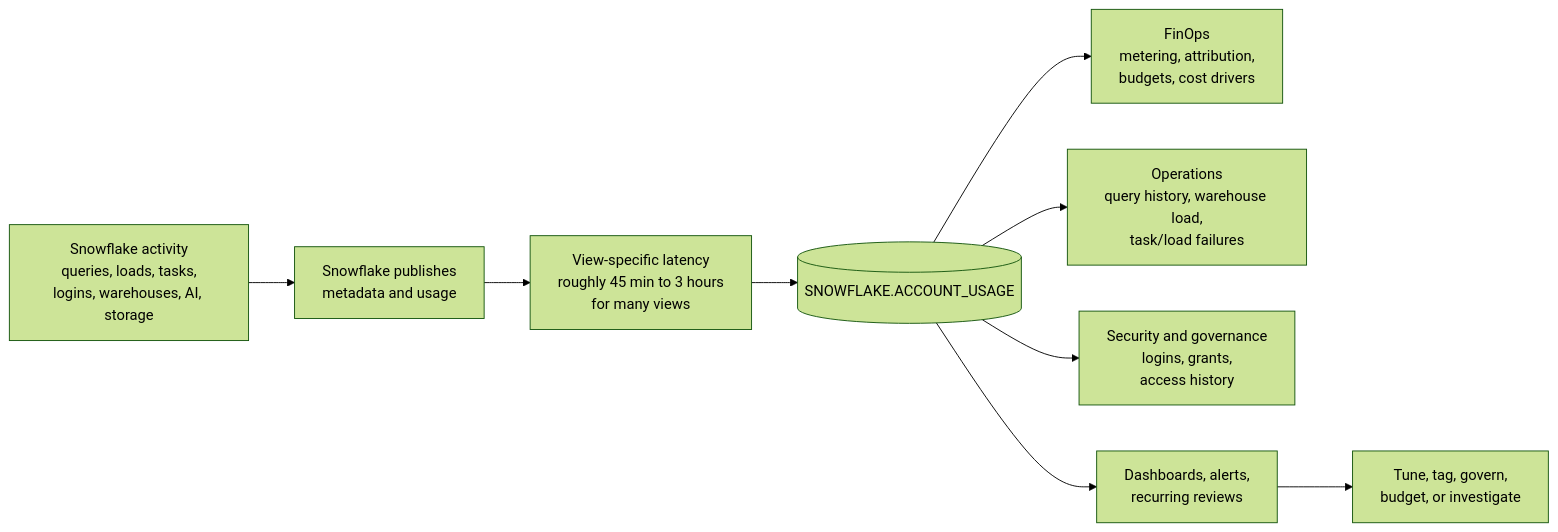
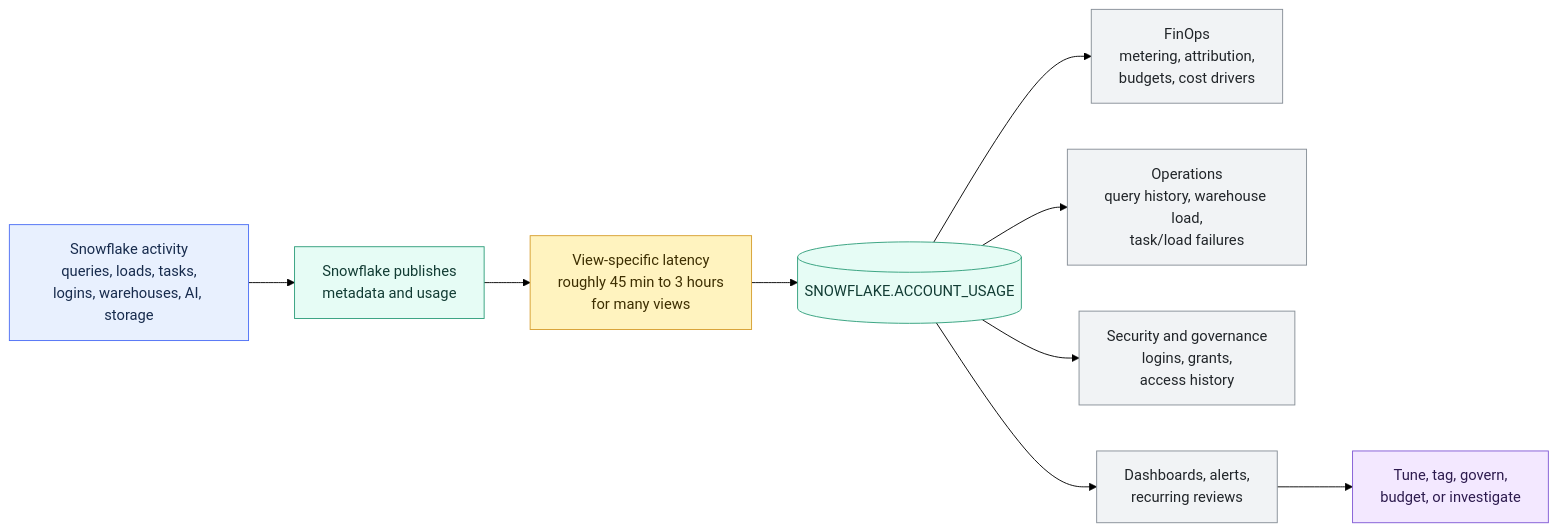
The diagram in 01 Snowflake/06 Cost Management and Operations/45 Account Usage Views.md (shonningsoy/Upskill), drawn with Mermaid (forest theme) before and after one commit. The commit also changed other lines of this file and 4 other files, not shown here.

````diff
--- a/01 Snowflake/06 Cost Management and Operations/45 Account Usage Views.md
+++ b/01 Snowflake/06 Cost Management and Operations/45 Account Usage Views.md
@@ -82,11 +85,22 @@
 ```mermaid
 flowchart LR
     ACT["Snowflake activity<br/>queries, loads, tasks,<br/>logins, warehouses, AI, storage"] --> PUB["Snowflake publishes<br/>metadata and usage"]
     PUB --> LAT["View-specific latency<br/>roughly 45 min to 3 hours<br/>for many views"]
     LAT --> AU[("SNOWFLAKE.ACCOUNT_USAGE")]
     AU --> FIN["FinOps<br/>metering, attribution,<br/>budgets, cost drivers"]
     AU --> OPS["Operations<br/>query history, warehouse load,<br/>task/load failures"]
     AU --> SEC["Security and governance<br/>logins, grants,<br/>access history"]
     AU --> DASH["Dashboards, alerts,<br/>recurring reviews"]
     DASH --> ACTION["Tune, tag, govern,<br/>budget, or investigate"]
+
+    classDef input fill:#E8F0FE,stroke:#4C6EF5,color:#172B4D
+    classDef control fill:#FFF3BF,stroke:#D69E2E,color:#3D2E00
+    classDef snowflake fill:#E6FCF5,stroke:#2F9E7B,color:#123C34
+    classDef platform fill:#F1F3F5,stroke:#868E96,color:#212529
+    classDef output fill:#F3E8FF,stroke:#805AD5,color:#2D1B4E
+    class ACT input
+    class LAT control
+    class PUB,AU snowflake
+    class FIN,OPS,SEC,DASH platform
+    class ACTION output
 ```
````
